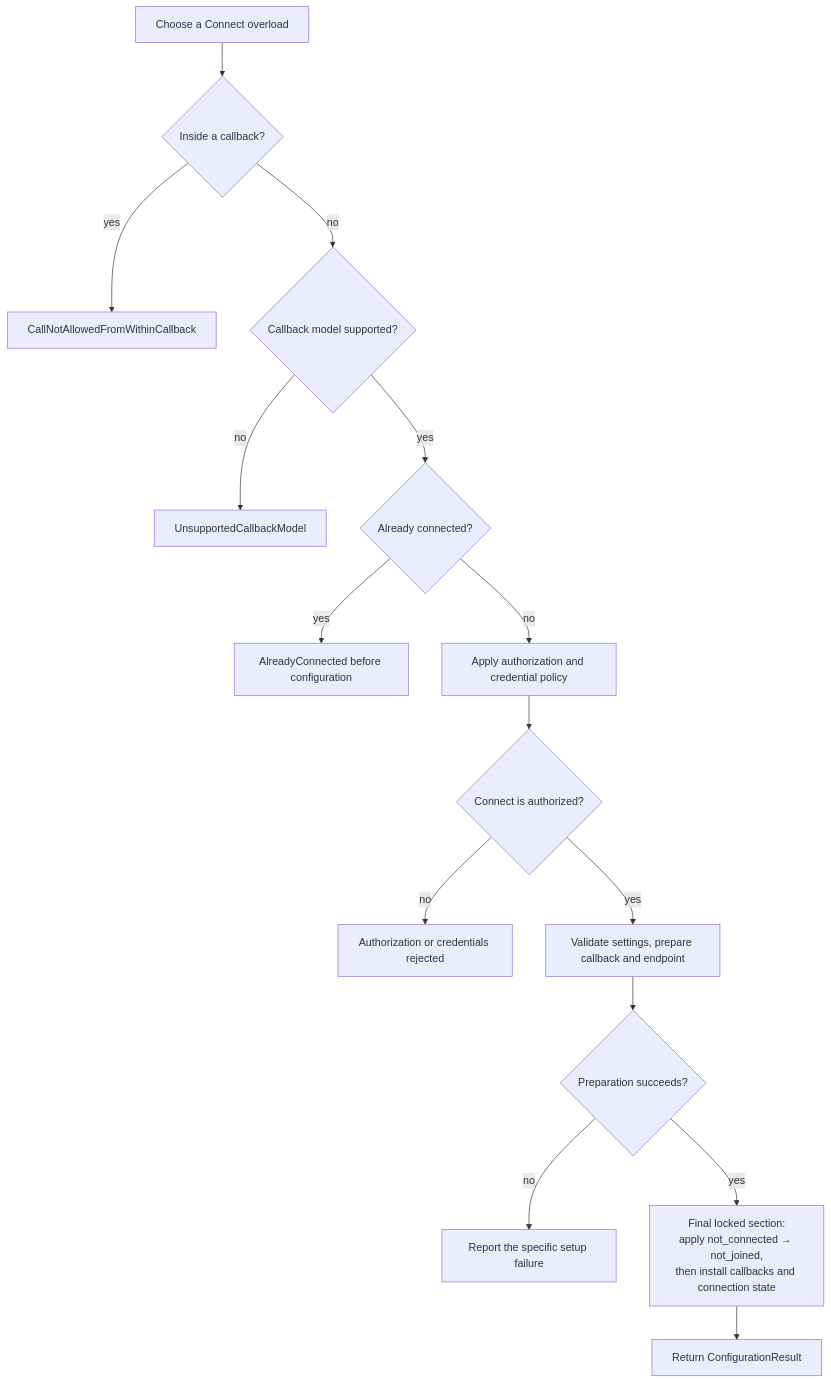
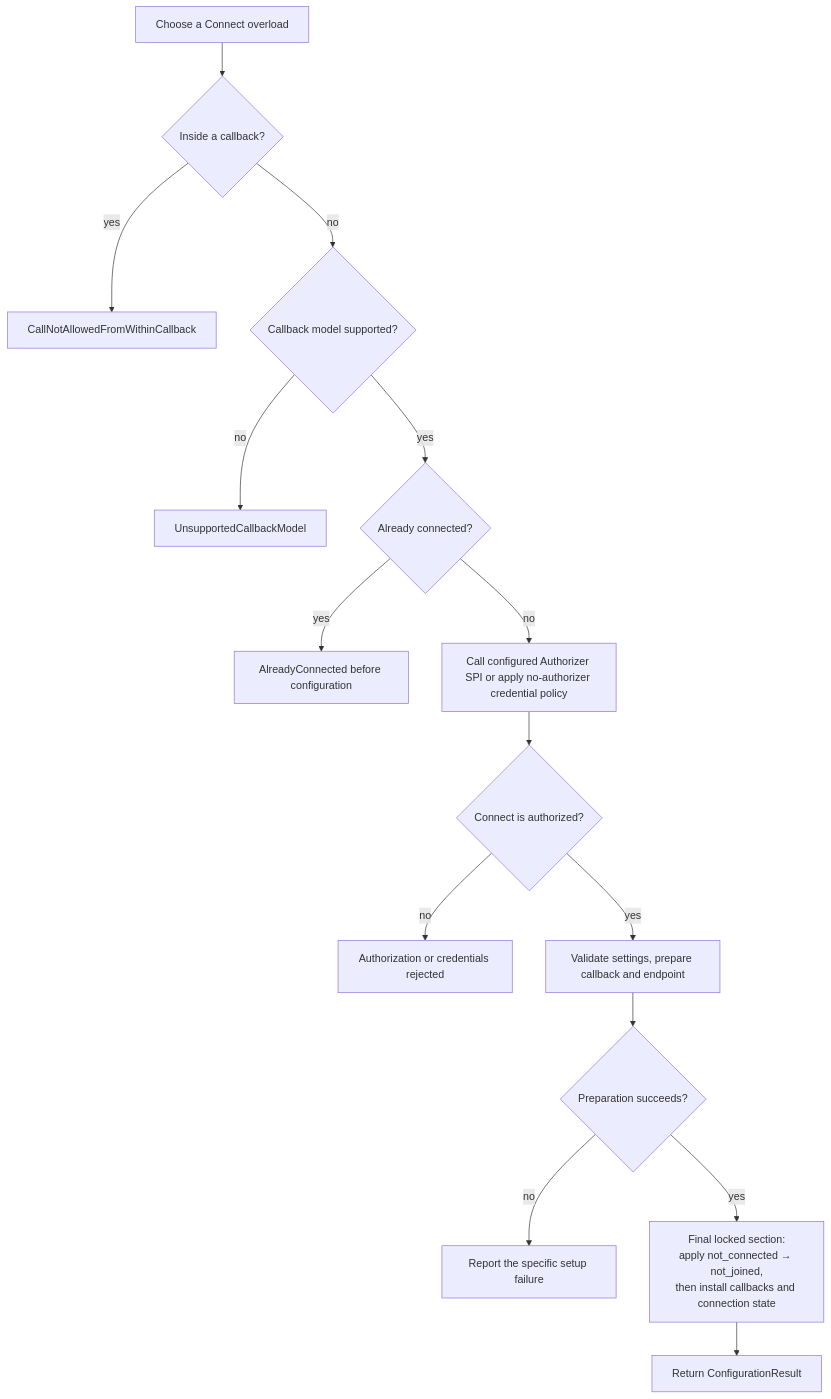
One commit to sheepfling/umbra changed the first of 6 diagrams in docs/design/HLA-2025-CONNECTION-AND-CONFIGURATION-FLOW-GUIDE.md. Above: the diagram before and after it, drawn with Mermaid. The commit also changed other lines of this file and 39 other files, not shown here.

Commit message:
Document IEEE 1516.1-2025 behavior flows

````diff
--- a/docs/design/HLA-2025-CONNECTION-AND-CONFIGURATION-FLOW-GUIDE.md
+++ b/docs/design/HLA-2025-CONNECTION-AND-CONFIGURATION-FLOW-GUIDE.md
@@ -56,17 +56,17 @@
 ```mermaid
 flowchart TD
     A["Choose a Connect overload"] --> B{"Inside a callback?"}
     B -- "yes" --> C["CallNotAllowedFromWithinCallback"]
     B -- "no" --> D{"Callback model supported?"}
     D -- "no" --> E["UnsupportedCallbackModel"]
     D -- "yes" --> F{"Already connected?"}
     F -- "yes" --> G["AlreadyConnected before configuration"]
-    F -- "no" --> H["Apply authorization and credential policy"]
+    F -- "no" --> H["Call configured Authorizer SPI or apply no-authorizer credential policy"]
     H --> I{"Connect is authorized?"}
     I -- "no" --> J["Authorization or credentials rejected"]
     I -- "yes" --> K["Validate settings, prepare callback and endpoint"]
     K --> L{"Preparation succeeds?"}
     L -- "no" --> M["Report the specific setup failure"]
     L -- "yes" --> N["Final locked section:<br/>apply not_connected → not_joined,<br/>then install callbacks and connection state"]
     N --> P["Return ConfigurationResult"]
 ```
````
